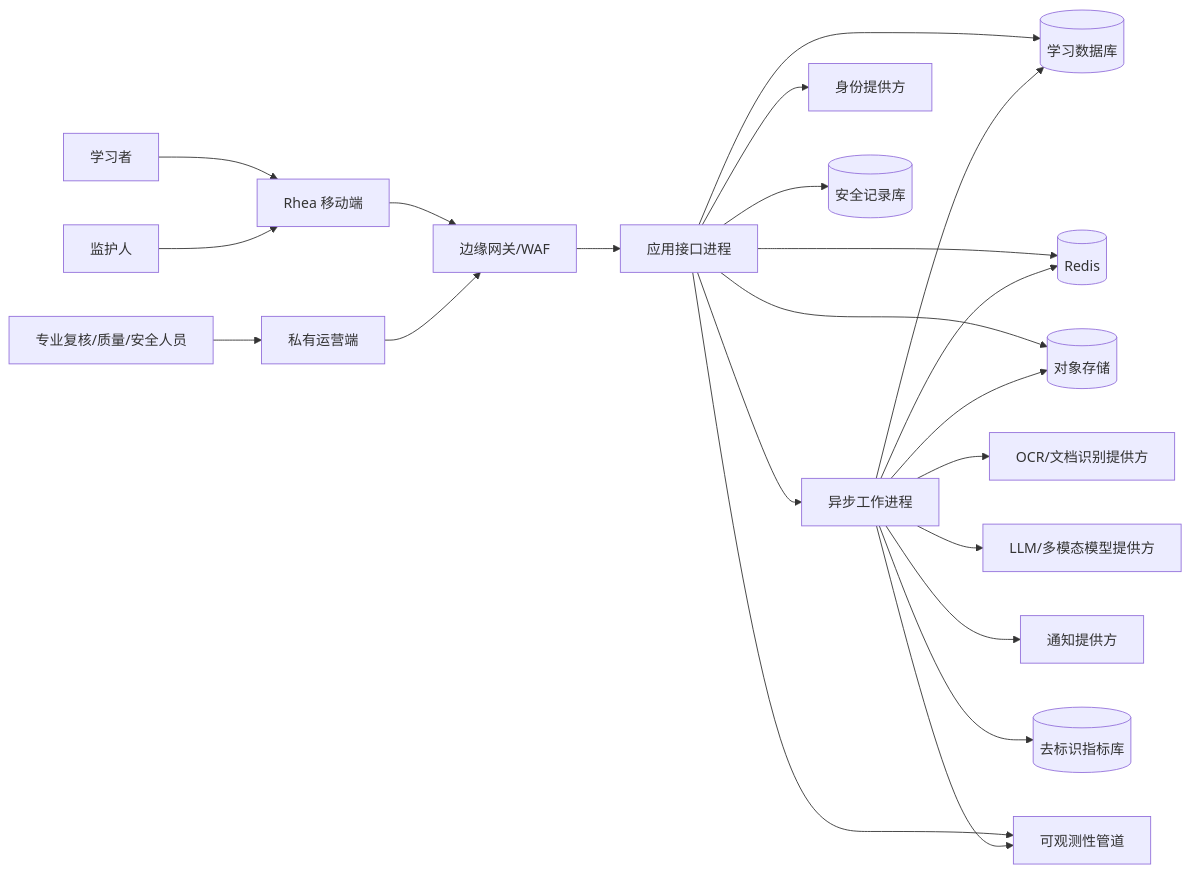
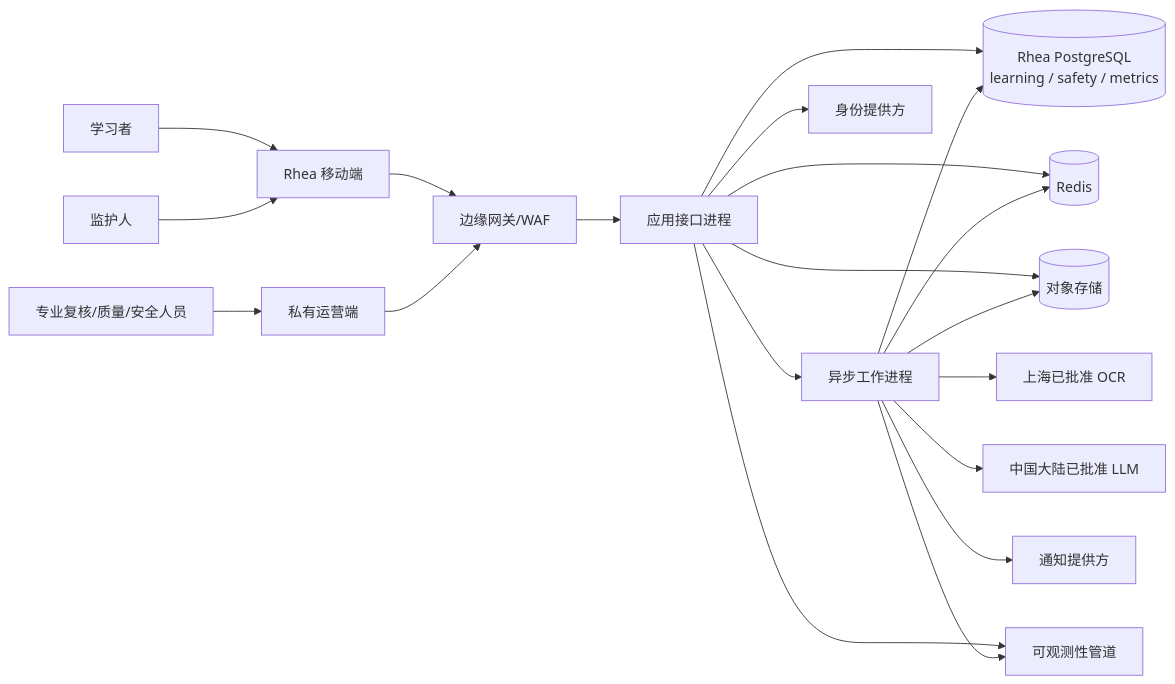
Before and after one commit to shinelincx/rhea: the first of 10 diagrams in docs/architecture/rhea-technical-architecture-v1.md, drawn with Mermaid. The commit also changed other lines of this file and 8 other files, not shown here.

Commit message:
docs: finalize Shanghai architecture decisions

````diff
--- a/docs/architecture/rhea-technical-architecture-v1.md
+++ b/docs/architecture/rhea-technical-architecture-v1.md
@@ -67,28 +70,26 @@
 ```mermaid
 flowchart LR
     Learner[学习者] --> Mobile[Rhea 移动端]
     Guardian[监护人] --> Mobile
     Reviewer[专业复核/质量/安全人员] --> Ops[私有运营端]
 
     Mobile --> Edge[边缘网关/WAF]
     Ops --> Edge
     Edge --> App[应用接口进程]
     App --> Worker[异步工作进程]
 
-    App --> LearningDB[(学习数据库)]
-    Worker --> LearningDB
+    App --> RheaDB[(Rhea PostgreSQL<br/>learning / safety / metrics)]
+    Worker --> RheaDB
     App --> Redis[(Redis)]
     Worker --> Redis
     App --> Objects[(对象存储)]
     Worker --> Objects
 
-    Worker --> OCR[OCR/文档识别提供方]
-    Worker --> Model[LLM/多模态模型提供方]
+    Worker --> OCR[上海已批准 OCR]
+    Worker --> Model[中国大陆已批准 LLM]
     App --> Identity[身份提供方]
     Worker --> Notify[通知提供方]
 
-    App --> SafetyDB[(安全记录库)]
-    Worker --> MetricsDB[(去标识指标库)]
     App --> Telemetry[可观测性管道]
     Worker --> Telemetry
 ```
````
